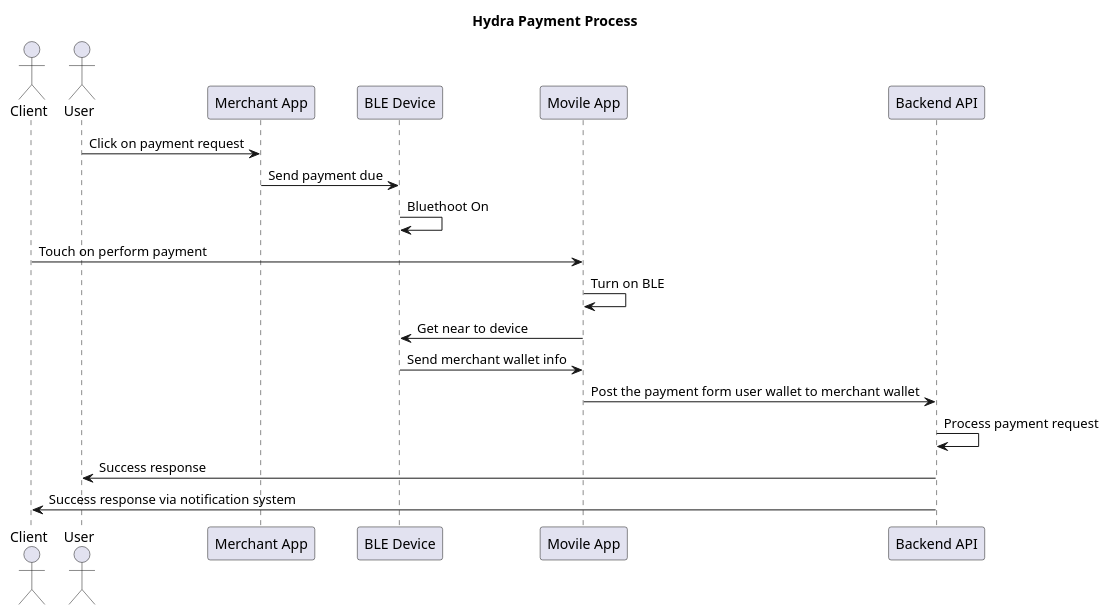
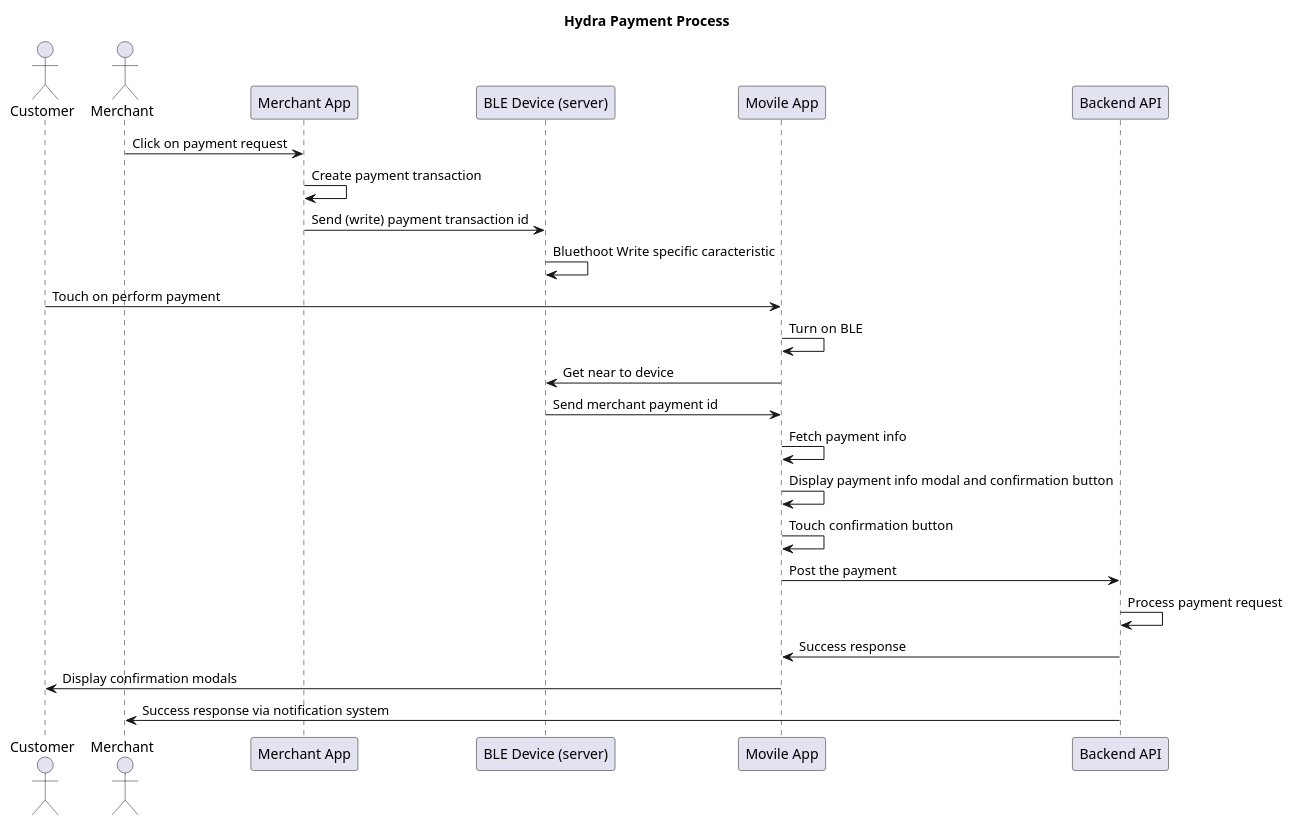
Before and after one commit to blazarlabs-io/hydra-turbo: the diagram in apps/merchant/src/design/payment.interaction.puml, drawn with PlantUML.

Commit message:
design flow updated

```diff
--- a/apps/merchant/src/design/payment.interaction.puml
+++ b/apps/merchant/src/design/payment.interaction.puml
@@ -1,23 +1,28 @@
 @startuml
 title Hydra Payment Process
 
-actor Client
-actor User
+actor Customer
+actor Merchant
 participant "Merchant App" as WebApp
-participant "BLE Device" as Device
+participant "BLE Device (server)" as Device
 participant "Movile App" as MovileApp
 participant "Backend API" as Backend
 
-User -> WebApp: Click on payment request
-WebApp -> Device: Send payment due
-Device -> Device: Bluethoot On
-Client -> MovileApp: Touch on perform payment
+Merchant -> WebApp: Click on payment request
+WebApp -> WebApp: Create payment transaction
+WebApp -> Device: Send (write) payment transaction id
+Device -> Device: Bluethoot Write specific caracteristic
+Customer -> MovileApp: Touch on perform payment
 MovileApp -> MovileApp: Turn on BLE
 MovileApp -> Device: Get near to device
-Device -> MovileApp: Send merchant wallet info
-MovileApp -> Backend: Post the payment form user wallet to merchant wallet
+Device -> MovileApp: Send merchant payment id
+MovileApp -> MovileApp: Fetch payment info
+MovileApp -> MovileApp: Display payment info modal and confirmation button
+MovileApp -> MovileApp: Touch confirmation button
+MovileApp -> Backend: Post the payment
 Backend -> Backend: Process payment request
-Backend -> User: Success response
-Backend -> Client: Success response via notification system
+Backend -> MovileApp: Success response
+MovileApp -> Customer: Display confirmation modals
+Backend -> Merchant: Success response via notification system
 
 @enduml
```
